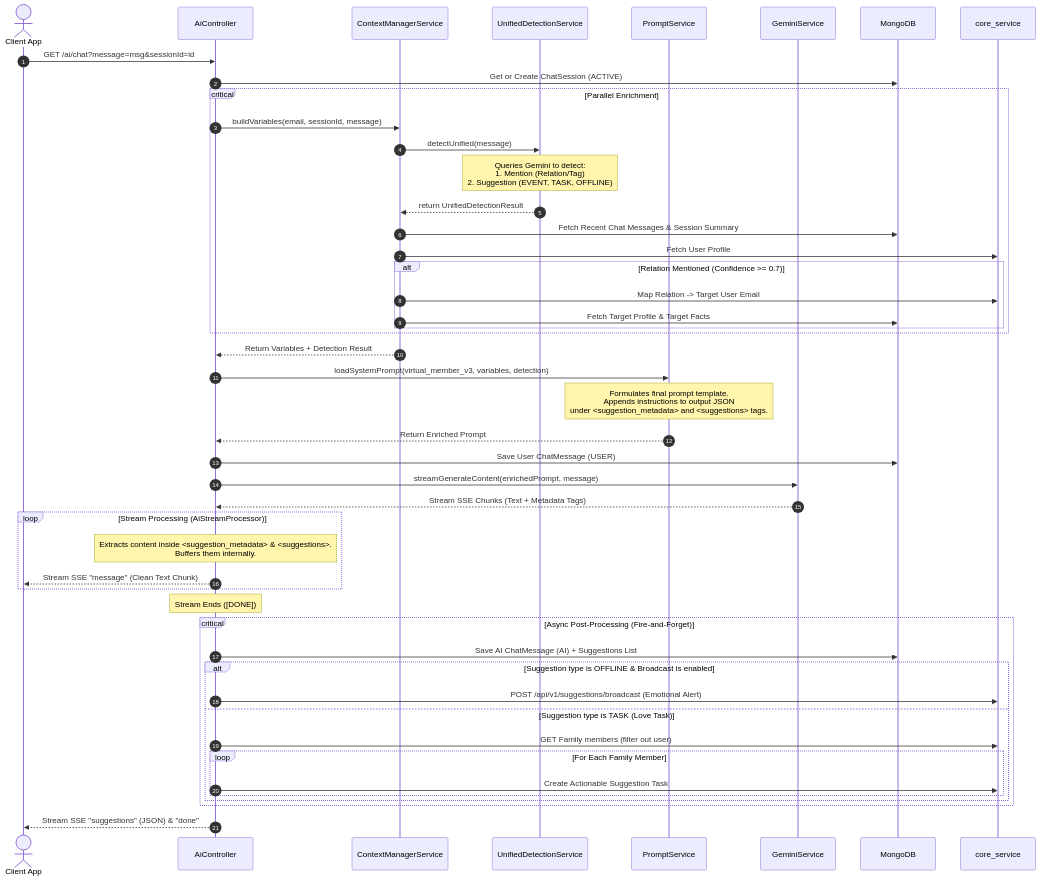
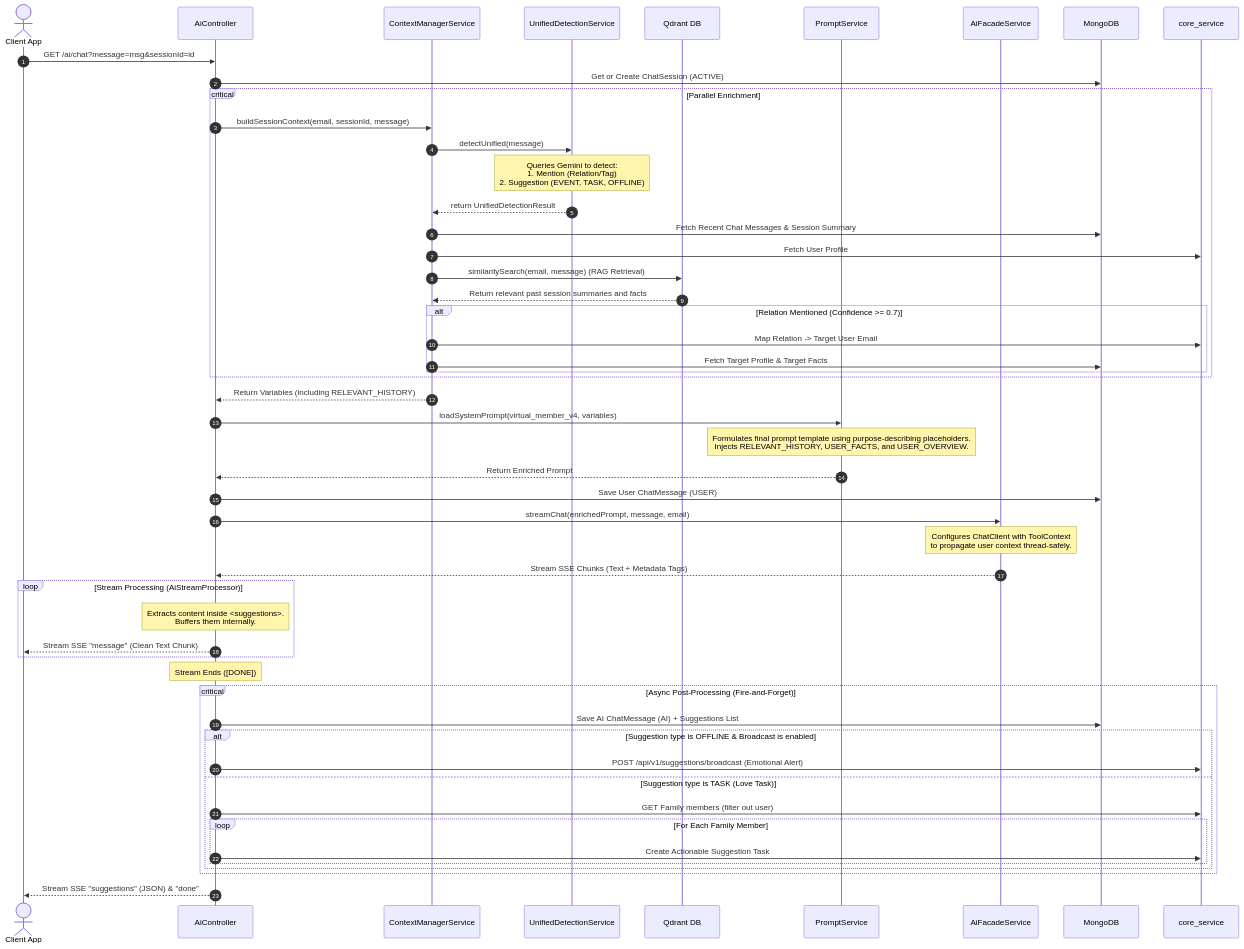
One commit to pnv-familier/backend changed the second of 3 diagrams in docs/ai_chat_architecture.md. Above: the diagram before and after it, drawn with Mermaid. The commit also changed other lines of this file and 20 other files, not shown here.

Commit message:
refactor(00): update user chat flow to new rag architecture

````diff
--- a/docs/ai_chat_architecture.md
+++ b/docs/ai_chat_architecture.md
@@ -102,63 +112,68 @@
 ```mermaid
 sequenceDiagram
     autonumber
     actor User as Client App
     participant Ctrl as AiController
     participant CM as ContextManagerService
     participant UD as UnifiedDetectionService
+    participant Qdrant as Qdrant DB
     participant PS as PromptService
-    participant Gem as GeminiService
+    participant Facade as AiFacadeService
     participant DB as MongoDB
     participant Core as core_service
 
     User->>Ctrl: GET /ai/chat?message=msg&sessionId=id
     Ctrl->>DB: Get or Create ChatSession (ACTIVE)
     
     critical Parallel Enrichment
-        Ctrl->>CM: buildVariables(email, sessionId, message)
+        Ctrl->>CM: buildSessionContext(email, sessionId, message)
         CM->>UD: detectUnified(message)
         Note over UD: Queries Gemini to detect:<br/>1. Mention (Relation/Tag)<br/>2. Suggestion (EVENT, TASK, OFFLINE)
         UD-->>CM: return UnifiedDetectionResult
         
         CM->>DB: Fetch Recent Chat Messages & Session Summary
         CM->>Core: Fetch User Profile
         
+        CM->>Qdrant: similaritySearch(email, message) (RAG Retrieval)
+        Qdrant-->>CM: Return relevant past session summaries and facts
+        
         alt Relation Mentioned (Confidence >= 0.7)
             CM->>Core: Map Relation -> Target User Email
             CM->>DB: Fetch Target Profile & Target Facts
         end
     end
     
-    CM-->>Ctrl: Return Variables + Detection Result
+    CM-->>Ctrl: Return Variables (including RELEVANT_HISTORY)
     
-    Ctrl->>PS: loadSystemPrompt(virtual_member_v3, variables, detection)
-    Note over PS: Formulates final prompt template.<br/>Appends instructions to output JSON<br/>under <suggestion_metadata> and <suggestions> tags.
+    Ctrl->>PS: loadSystemPrompt(virtual_member_v4, variables)
+    Note over PS: Formulates final prompt template using purpose-describing placeholders.<br/>Injects RELEVANT_HISTORY, USER_FACTS, and USER_OVERVIEW.
     PS-->>Ctrl: Return Enriched Prompt
     
     Ctrl->>DB: Save User ChatMessage (USER)
     
-    Ctrl->>Gem: streamGenerateContent(enrichedPrompt, message)
-    Gem-->>Ctrl: Stream SSE Chunks (Text + Metadata Tags)
+    Ctrl->>Facade: streamChat(enrichedPrompt, message, email)
+    Note over Facade: Configures ChatClient with ToolContext<br/>to propagate user context thread-safely.
+    Facade-->>Ctrl: Stream SSE Chunks (Text + Metadata Tags)
     
     loop Stream Processing (AiStreamProcessor)
-        Note over Ctrl: Extracts content inside <suggestion_metadata> & <suggestions>.<br/>Buffers them internally.
+        Note over Ctrl: Extracts content inside <suggestions>.<br/>Buffers them internally.
         Ctrl-->>User: Stream SSE "message" (Clean Text Chunk)
     end
     
     Note over Ctrl: Stream Ends ([DONE])
     
     critical Async Post-Processing (Fire-and-Forget)
         Ctrl->>DB: Save AI ChatMessage (AI) + Suggestions List
         
         alt Suggestion type is OFFLINE & Broadcast is enabled
             Ctrl->>Core: POST /api/v1/suggestions/broadcast (Emotional Alert)
         else Suggestion type is TASK (Love Task)
             Ctrl->>Core: GET Family members (filter out user)
             loop For Each Family Member
                 Ctrl->>Core: Create Actionable Suggestion Task
             end
         end
     end
 
     Ctrl-->>User: Stream SSE "suggestions" (JSON) & "done"
 ```
````
